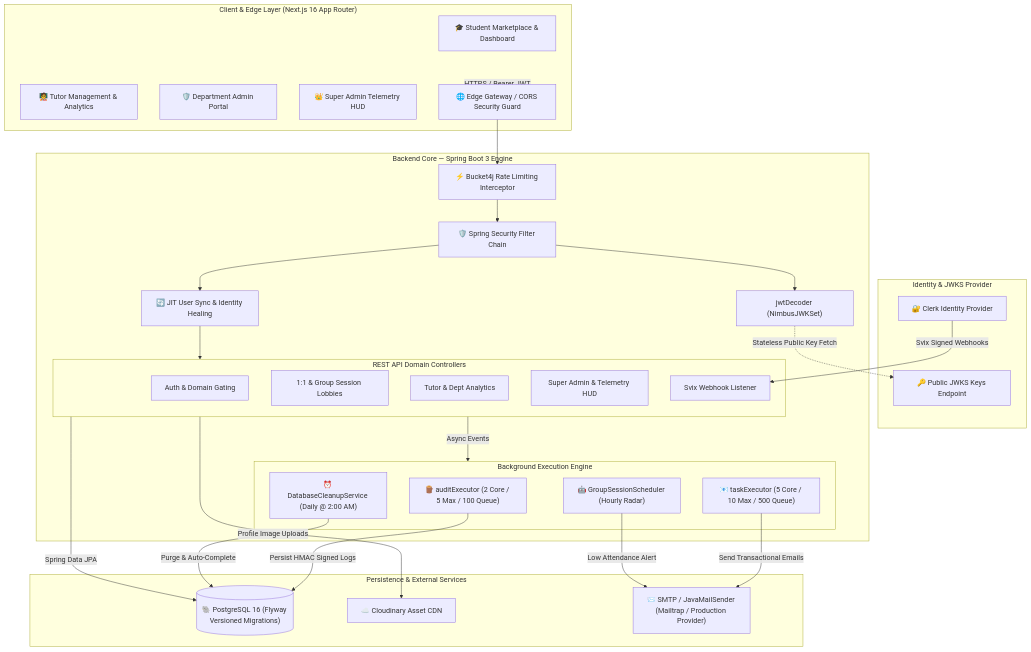
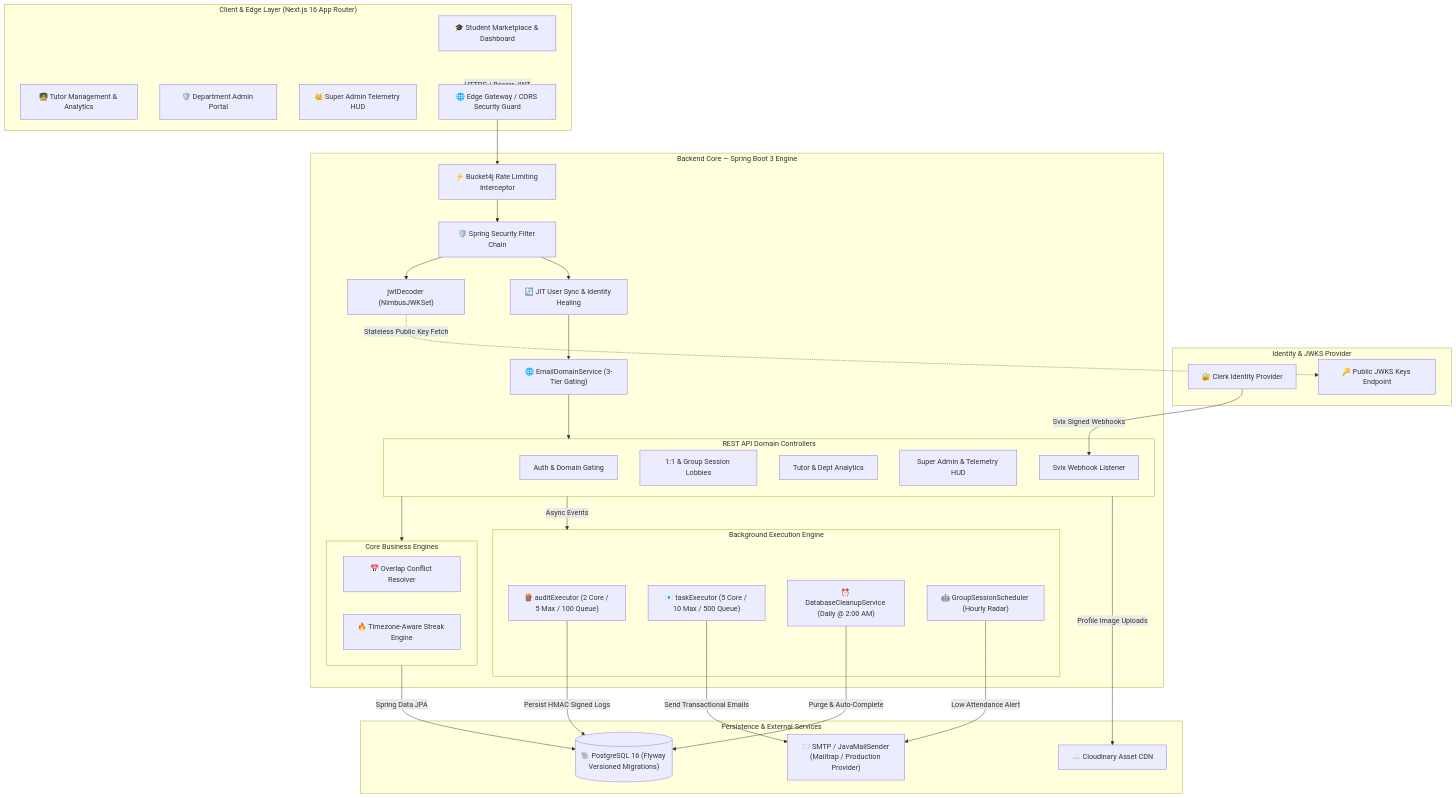
The first of 2 diagrams in README.md (daikendy/Eruscent-Architecture), drawn with Mermaid before and after one commit. The commit also changed other lines of this file, not shown here.

````diff
--- a/README.md
+++ b/README.md
@@ -62,60 +68,68 @@
 ```mermaid
 flowchart TB
     subgraph ClientLayer ["Client & Edge Layer (Next.js 16 App Router)"]
         UI_Student["🎓 Student Marketplace & Dashboard"]
         UI_Tutor["🧑‍🏫 Tutor Management & Analytics"]
         UI_Admin["🛡️ Department Admin Portal"]
         UI_Super["👑 Super Admin Telemetry HUD"]
         Edge_CORS["🌐 Edge Gateway / CORS Security Guard"]
     end
 
     subgraph AuthLayer ["Identity & JWKS Provider"]
         Clerk_IdP["🔐 Clerk Identity Provider"]
         JWKS_Uri["🔑 Public JWKS Keys Endpoint"]
     end
 
     subgraph BackendLayer ["Backend Core — Spring Boot 3 Engine"]
         Sec_Filter["🛡️ Spring Security Filter Chain"]
         Rate_Limiter["⚡ Bucket4j Rate Limiting Interceptor"]
         Jwt_Decoder["jwtDecoder (NimbusJWKSet)"]
         JIT_Engine["🔄 JIT User Sync & Identity Healing"]
+        Domain_Guard["🌐 EmailDomainService (3-Tier Gating)"]
         
         subgraph Controllers ["REST API Domain Controllers"]
             Ctrl_Auth["Auth & Domain Gating"]
             Ctrl_Session["1:1 & Group Session Lobbies"]
             Ctrl_Analytics["Tutor & Dept Analytics"]
             Ctrl_Admin["Super Admin & Telemetry HUD"]
             Ctrl_Webhook["Svix Webhook Listener"]
+        end
+
+        subgraph Engines ["Core Business Engines"]
+            Conflict_Engine["📅 Overlap Conflict Resolver"]
+            Streak_Engine["🔥 Timezone-Aware Streak Engine"]
         end
 
         subgraph BackgroundWorkers ["Background Execution Engine"]
             Audit_Pool["🪵 auditExecutor (2 Core / 5 Max / 100 Queue)"]
             Task_Pool["📧 taskExecutor (5 Core / 10 Max / 500 Queue)"]
             Nightly_Cron["⏰ DatabaseCleanupService (Daily @ 2:00 AM)"]
             Ghost_Watchdog["🤖 GroupSessionScheduler (Hourly Radar)"]
         end
     end
 
     subgraph DataLayer ["Persistence & External Services"]
         DB_Postgres[("🐘 PostgreSQL 16 (Flyway Versioned Migrations)")]
         Media_Cloudinary["☁️ Cloudinary Asset CDN"]
         Mail_Provider["📨 SMTP / JavaMailSender (Mailtrap / Production Provider)"]
     end
 
     ClientLayer -->|HTTPS / Bearer JWT| Edge_CORS
     Edge_CORS --> Rate_Limiter
     Rate_Limiter --> Sec_Filter
     Sec_Filter --> Jwt_Decoder
     Jwt_Decoder -.->|Stateless Public Key Fetch| JWKS_Uri
     Sec_Filter --> JIT_Engine
-    JIT_Engine --> Controllers
+    JIT_Engine --> Domain_Guard
+    Domain_Guard --> Controllers
 
-    Controllers -->|Spring Data JPA| DB_Postgres
+    Controllers --> Engines
+    Engines -->|Spring Data JPA| DB_Postgres
     Controllers -->|Async Events| BackgroundWorkers
     Audit_Pool -->|Persist HMAC Signed Logs| DB_Postgres
     Task_Pool -->|Send Transactional Emails| Mail_Provider
     Nightly_Cron -->|Purge & Auto-Complete| DB_Postgres
     Ghost_Watchdog -->|Low Attendance Alert| Mail_Provider
     Controllers -->|Profile Image Uploads| Media_Cloudinary
     Clerk_IdP -->|Svix Signed Webhooks| Ctrl_Webhook
 ```
````
